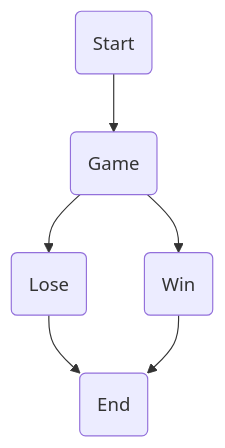
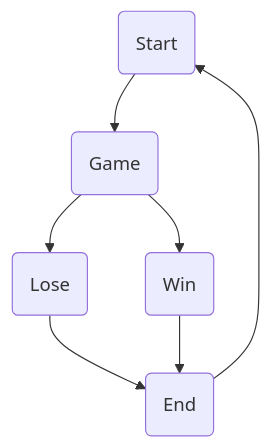
The diagram in state_controlled_ui-text.md (kdoore/CS2335-Gitbook), drawn with Mermaid before and after one commit.

````diff
--- a/state_controlled_ui-text.md
+++ b/state_controlled_ui-text.md
@@ -5,8 +5,9 @@
 ```mermaid
 graph TD;
   A(Start)-->B(Game);
   B(Game)-->C(Win);
   B(Game)-->D(Lose);
   D(Lose)-->E(End);
   C(Win)-->E(End);
+  E(End) -->A(Start);
 ```
````
